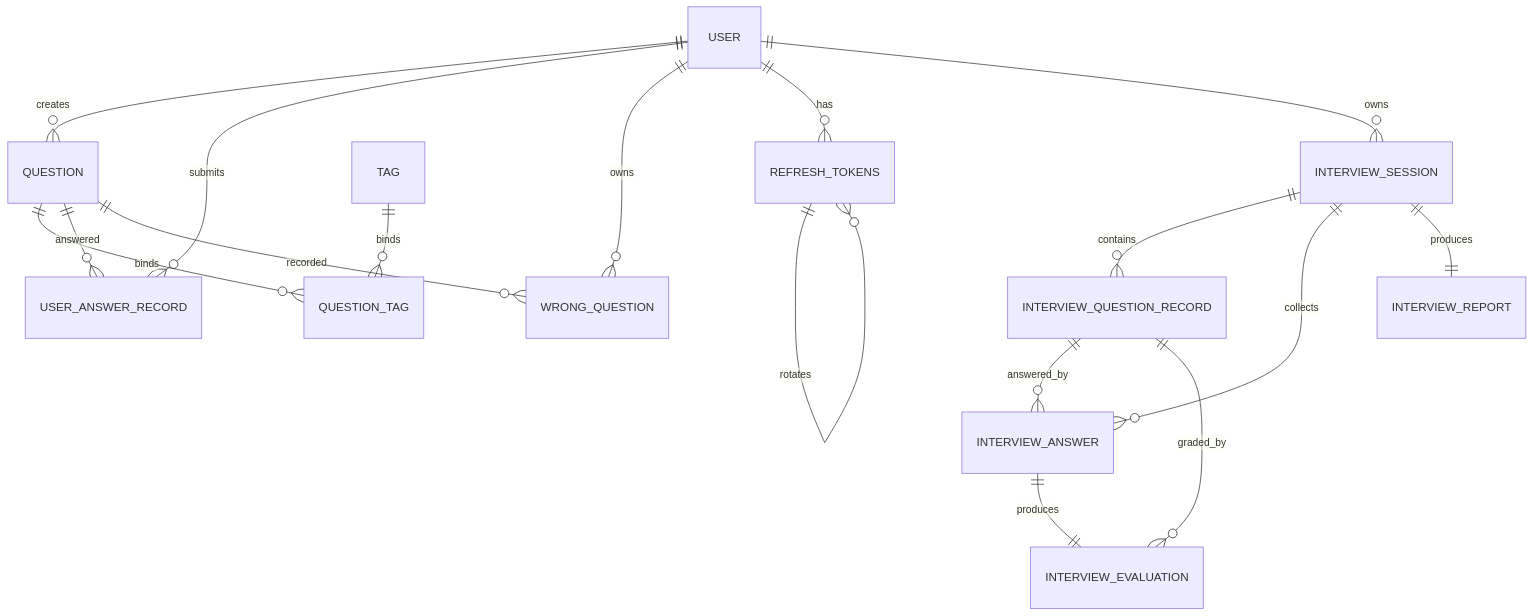
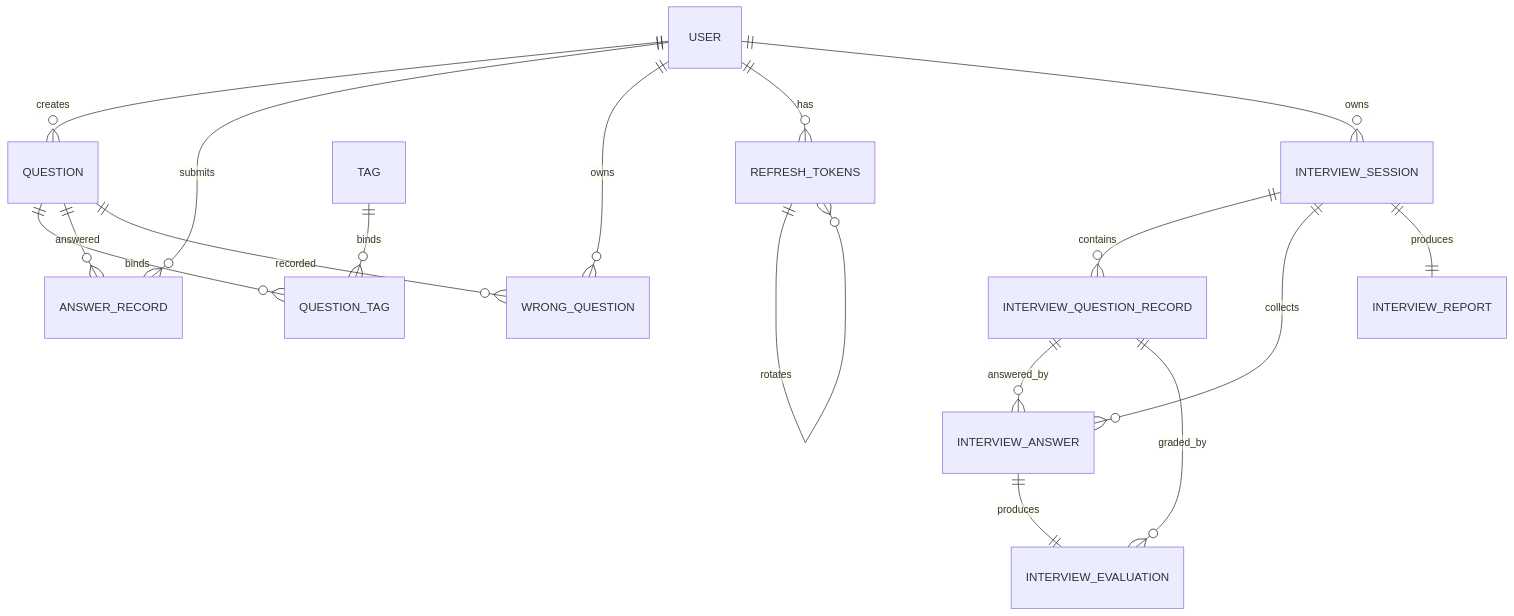
The fourth of 4 diagrams in README.md (Glorylife123/java-ai-interview-agent), drawn with Mermaid before and after one commit. The commit also changed other lines of this file and 2 other files, not shown here.

````diff
--- a/README.md
+++ b/README.md
@@ -316,19 +318,19 @@
 ```mermaid
 erDiagram
     USER ||--o{ QUESTION : creates
-    USER ||--o{ USER_ANSWER_RECORD : submits
+    USER ||--o{ ANSWER_RECORD : submits
     USER ||--o{ WRONG_QUESTION : owns
     USER ||--o{ REFRESH_TOKENS : has
     QUESTION ||--o{ QUESTION_TAG : binds
     TAG ||--o{ QUESTION_TAG : binds
-    QUESTION ||--o{ USER_ANSWER_RECORD : answered
+    QUESTION ||--o{ ANSWER_RECORD : answered
     QUESTION ||--o{ WRONG_QUESTION : recorded
     REFRESH_TOKENS ||--o{ REFRESH_TOKENS : rotates
     USER ||--o{ INTERVIEW_SESSION : owns
     INTERVIEW_SESSION ||--o{ INTERVIEW_QUESTION_RECORD : contains
     INTERVIEW_SESSION ||--o{ INTERVIEW_ANSWER : collects
     INTERVIEW_SESSION ||--|| INTERVIEW_REPORT : produces
     INTERVIEW_QUESTION_RECORD ||--o{ INTERVIEW_ANSWER : answered_by
     INTERVIEW_QUESTION_RECORD ||--o{ INTERVIEW_EVALUATION : graded_by
     INTERVIEW_ANSWER ||--|| INTERVIEW_EVALUATION : produces
 ```
````
